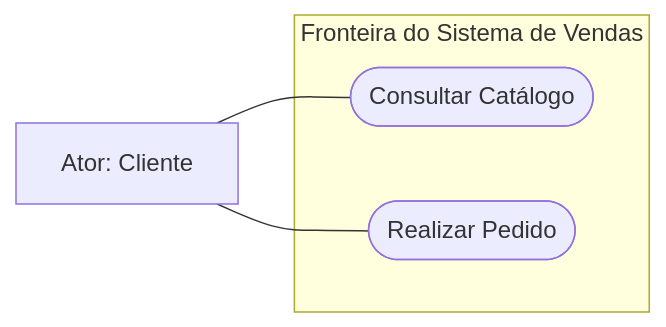
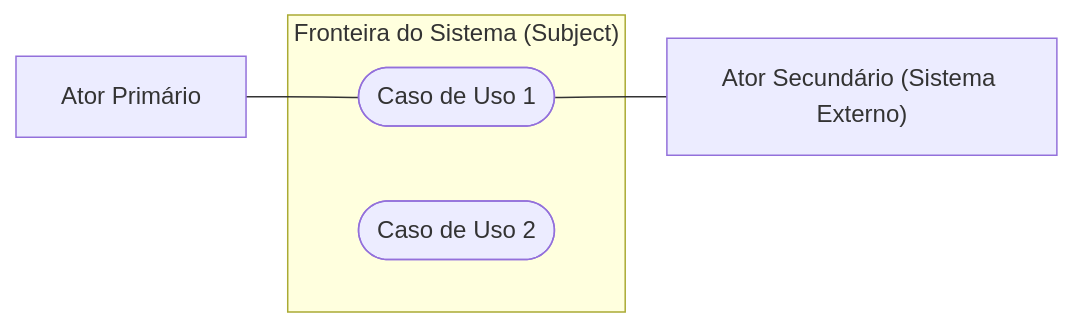
Diagram 12 of 32 in 4º Semestre/[Prof. Wesley Soares] Engenharia de Software II/Resumos-IA/Simulados-Comentados.md (murilolol/unifef), drawn with Mermaid before and after one commit. The commit also changed other lines of this file and 18 other files, not shown here.

````diff
--- a/4º Semestre/[Prof. Wesley Soares] Engenharia de Software II/Resumos-IA/Simulados-Comentados.md
+++ b/4º Semestre/[Prof. Wesley Soares] Engenharia de Software II/Resumos-IA/Simulados-Comentados.md
@@ -557,9 +575,10 @@
 ```mermaid
 flowchart LR
-    subgraph Fronteira["Fronteira do Sistema de Vendas"]
-        UC1(["Consultar Catálogo"])
-        UC2(["Realizar Pedido"])
-    end
-    Ator["Ator: Cliente"] --- UC1
-    Ator --- UC2
+ subgraph FronteiraDoSistema["Fronteira do Sistema (Subject)"]
+ UC1(["Caso de Uso 1"])
+ UC2(["Caso de Uso 2"])
+ end
+
+ AtorPrimario["Ator Primário"] --- UC1
+ UC1 --- AtorSecundario["Ator Secundário (Sistema Externo)"]
 ```
````
